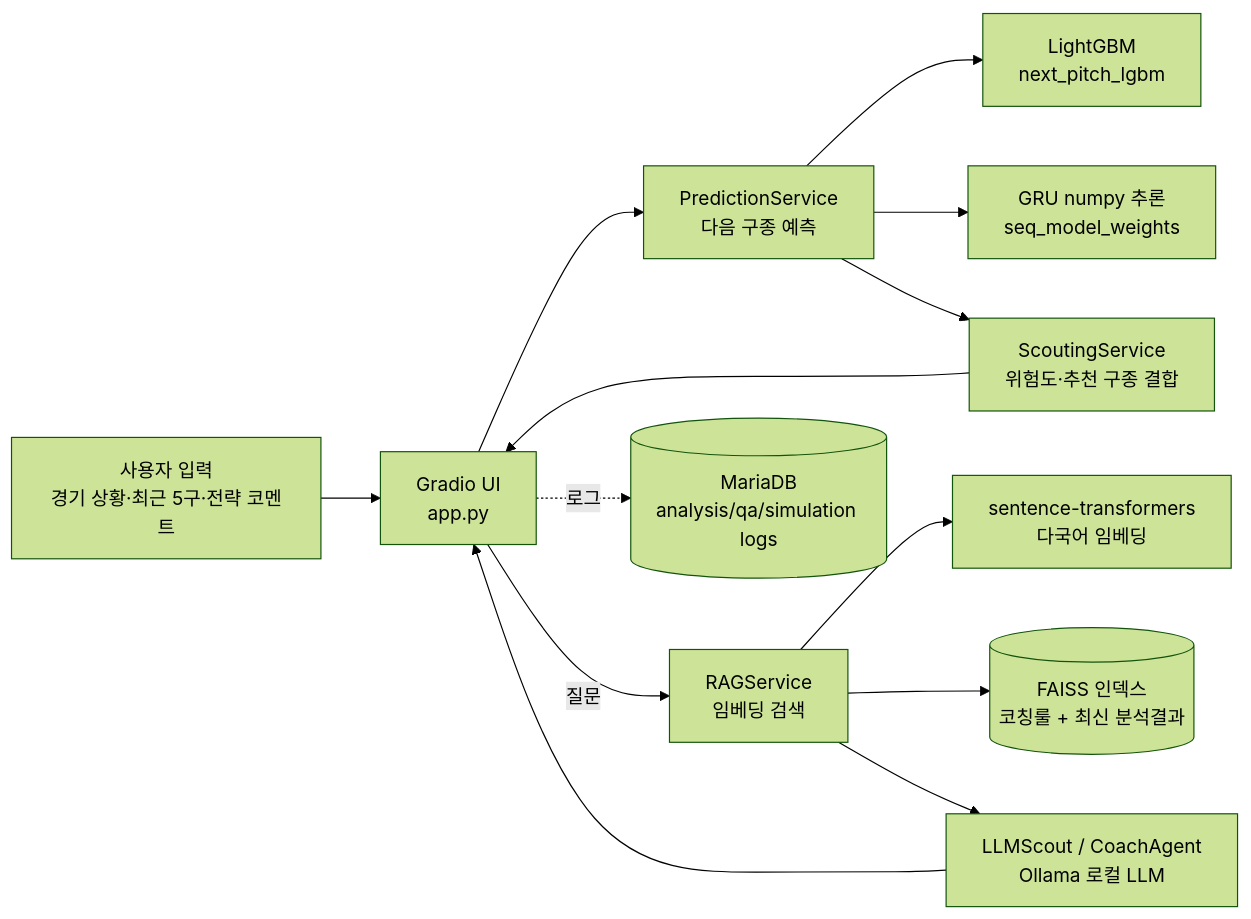
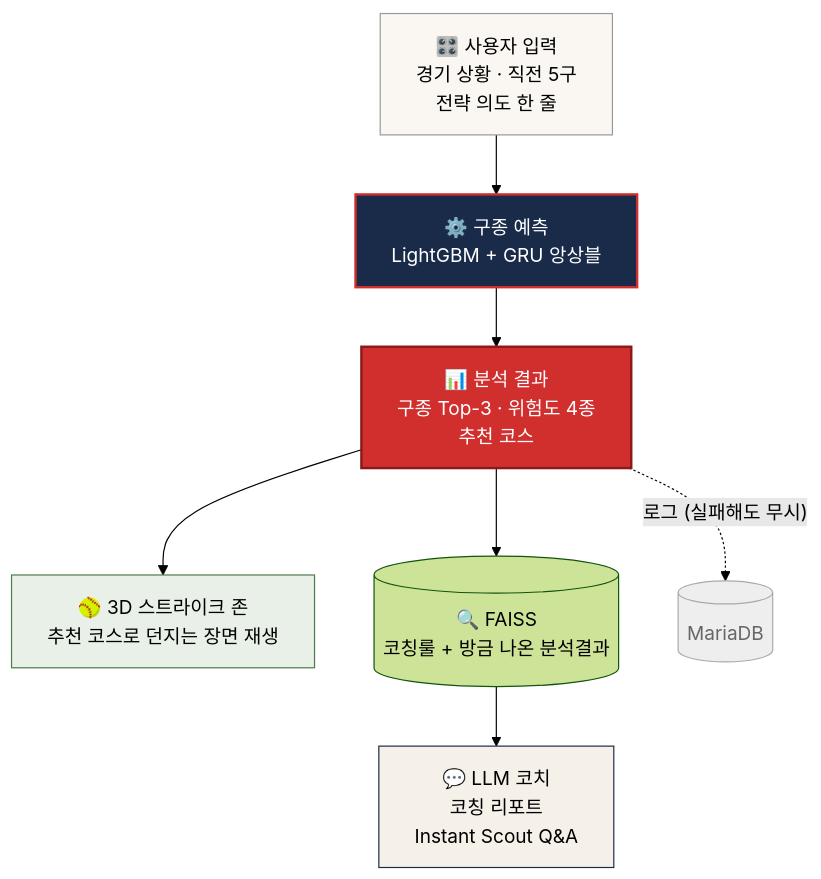
One commit to jjssspark/DiamondScout-AI changed the first of 3 diagrams in README.md. Above: the diagram before and after it, drawn with Mermaid (forest theme). The commit also changed other lines of this file and 10 other files, not shown here.

````diff
--- a/README.md
+++ b/README.md
@@ -52,20 +150,17 @@
 ```mermaid
-flowchart LR
-    User[사용자 입력<br/>경기 상황·최근 5구·전략 코멘트] --> Gradio[Gradio UI<br/>app.py]
+flowchart TD
+    IN["🎛️ 사용자 입력<br/>경기 상황 · 직전 5구<br/>전략 의도 한 줄"]
+    IN --> PRED["⚙️ 구종 예측<br/>LightGBM + GRU 앙상블"]
+    PRED --> OUT["📊 분석 결과<br/>구종 Top-3 · 위험도 4종<br/>추천 코스"]
+    OUT --> ZONE["🥎 3D 스트라이크 존<br/>추천 코스로 던지는 장면 재생"]
+    OUT --> RAG[("🔍 FAISS<br/>코칭룰 + 방금 나온 분석결과")]
+    RAG --> LLM["💬 LLM 코치<br/>코칭 리포트<br/>Instant Scout Q&A"]
+    OUT -. 로그 (실패해도 무시) .-> DB[("MariaDB")]
 
-    Gradio --> Prediction[PredictionService<br/>다음 구종 예측]
-    Prediction --> ModelLGB[LightGBM<br/>next_pitch_lgbm]
-    Prediction --> ModelGRU[GRU numpy 추론<br/>seq_model_weights]
-
-    Prediction --> Scouting[ScoutingService<br/>위험도·추천 구종 결합]
-    Scouting --> Gradio
-
-    Gradio -->|질문| RAG[RAGService<br/>임베딩 검색]
-    RAG --> Embed[sentence-transformers<br/>다국어 임베딩]
-    RAG --> FAISS[(FAISS 인덱스<br/>코칭룰 + 최신 분석결과)]
-
-    RAG --> LLM[LLMScout / CoachAgent<br/>Ollama 로컬 LLM]
-    LLM --> Gradio
-
-    Gradio -.로그.-> DB[(MariaDB<br/>analysis/qa/simulation logs)]
+    style IN fill:#faf7f2,stroke:#999
+    style PRED fill:#1a2b4a,stroke:#D12E2E,stroke-width:2px,color:#fff
+    style OUT fill:#D12E2E,stroke:#8a1a1a,stroke-width:2px,color:#fff
+    style ZONE fill:#e8f0e8,stroke:#4a7c4a
+    style LLM fill:#f5f0e8,stroke:#1a2b4a
+    style DB fill:#eee,stroke:#aaa,color:#666
 ```
````
